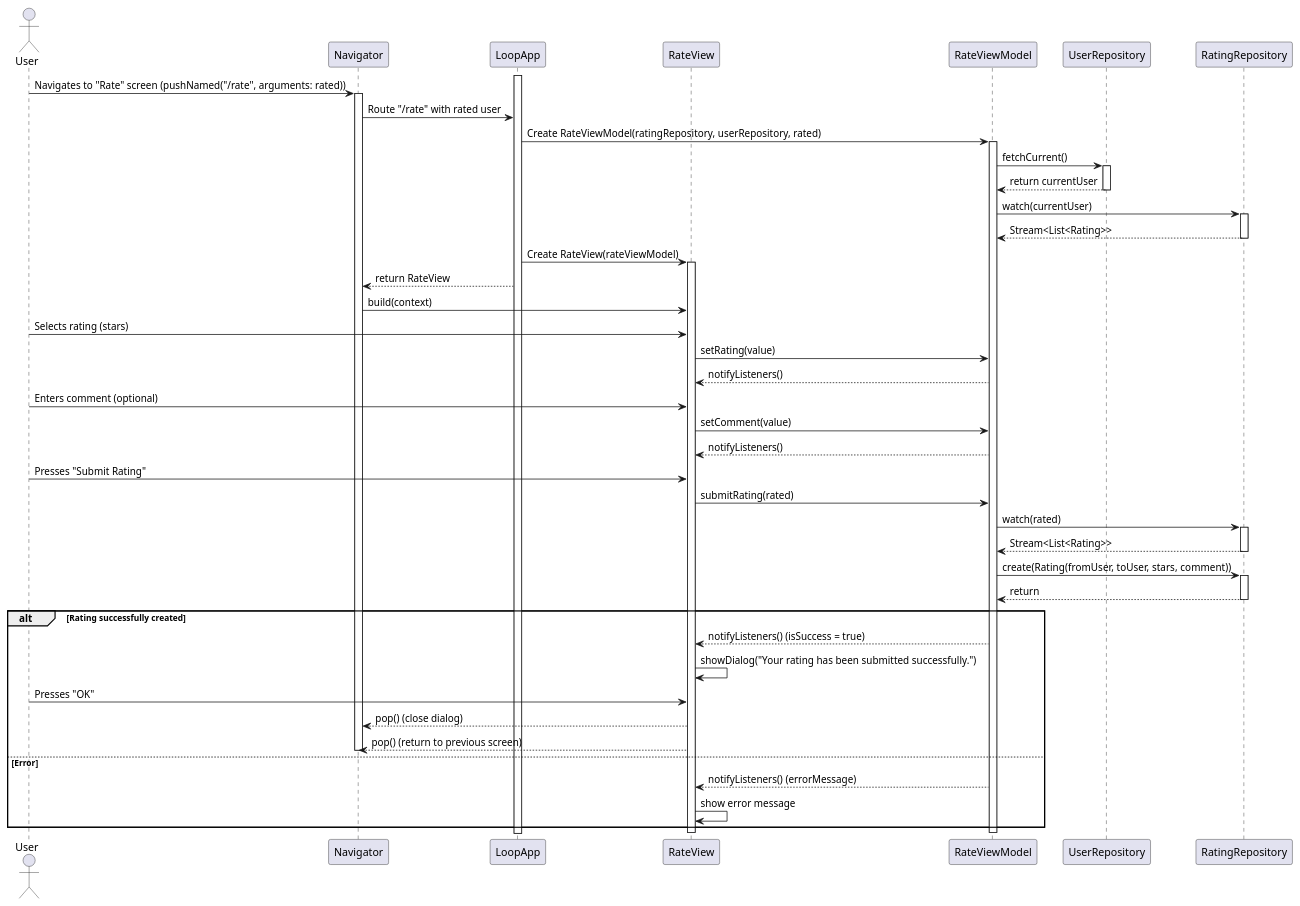
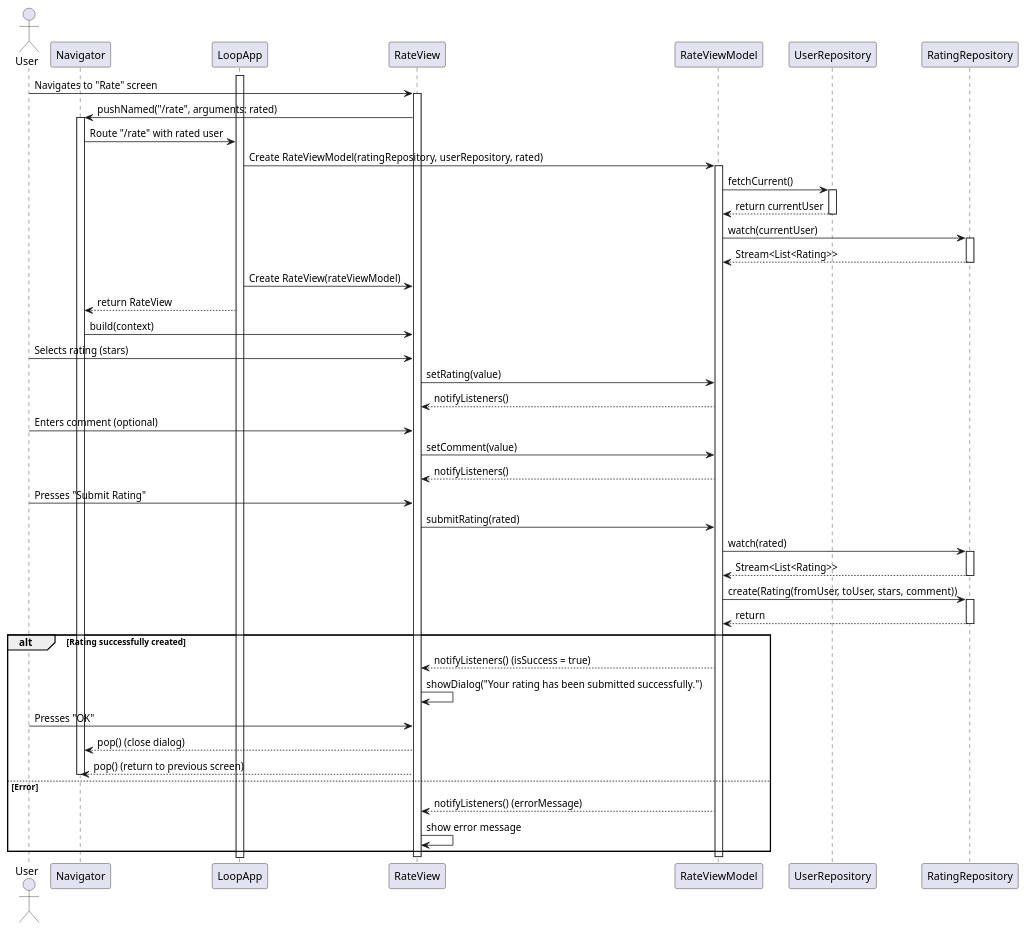
Before and after one commit to YannisRavasopoulos/ProjectSD_S6: the diagram in reports/sequence/rate-user.plantuml, drawn with PlantUML.

Commit message:
Refactor navigation flow in rate-user sequence diagram for improved clarity

```diff
--- a/reports/sequence/rate-user.plantuml
+++ b/reports/sequence/rate-user.plantuml
@@ -1,73 +1,77 @@
 @startuml
 
 actor User
 
 participant Navigator
 participant LoopApp
 participant RateView
 participant RateViewModel
 participant UserRepository
 participant RatingRepository
 
 
 activate LoopApp
-User -> Navigator: Navigates to "Rate" screen (pushNamed("/rate", arguments: rated))
+User -> RateView: Navigates to "Rate" screen
+activate RateView
+
+
+RateView -> Navigator: pushNamed("/rate", arguments: rated)
 activate Navigator
 Navigator -> LoopApp: Route "/rate" with rated user
 
 LoopApp -> RateViewModel: Create RateViewModel(ratingRepository, userRepository, rated)
 activate RateViewModel
 RateViewModel -> UserRepository: fetchCurrent()
 activate UserRepository
 UserRepository --> RateViewModel: return currentUser
 deactivate UserRepository
 RateViewModel -> RatingRepository: watch(currentUser)
 activate RatingRepository
 RatingRepository --> RateViewModel: Stream<List<Rating>>
 deactivate RatingRepository
 LoopApp -> RateView: Create RateView(rateViewModel)
-activate RateView
+
 LoopApp --> Navigator: return RateView
 
 Navigator -> RateView: build(context)
 
 
 User -> RateView: Selects rating (stars)
 
 RateView -> RateViewModel: setRating(value)
 
 RateViewModel --> RateView: notifyListeners()
 
 
 User -> RateView: Enters comment (optional)
 RateView -> RateViewModel: setComment(value)
 
 RateViewModel --> RateView: notifyListeners()
 
 
 User -> RateView: Presses "Submit Rating"
 RateView -> RateViewModel: submitRating(rated)
 RateViewModel -> RatingRepository: watch(rated)
 activate RatingRepository
 RatingRepository --> RateViewModel: Stream<List<Rating>>
 deactivate RatingRepository
 RateViewModel -> RatingRepository: create(Rating(fromUser, toUser, stars, comment))
 activate RatingRepository
 RatingRepository --> RateViewModel: return
 deactivate RatingRepository
 
 alt Rating successfully created
     RateViewModel --> RateView: notifyListeners() (isSuccess = true)
     RateView -> RateView: showDialog("Your rating has been submitted successfully.")
     User -> RateView: Presses "OK"
     RateView --> Navigator: pop() (close dialog)
     RateView --> Navigator: pop() (return to previous screen)
     deactivate Navigator
 else Error
     RateViewModel --> RateView: notifyListeners() (errorMessage)
     RateView -> RateView: show error message
 end
 deactivate RateViewModel
 deactivate RateView
 
 @enduml
```
